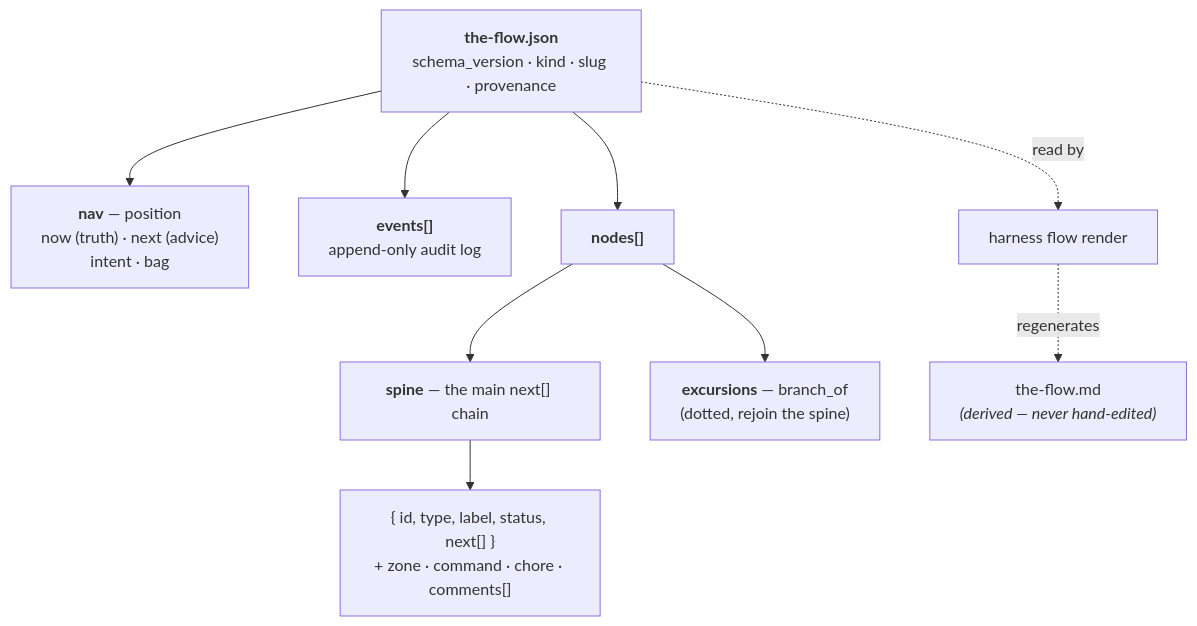
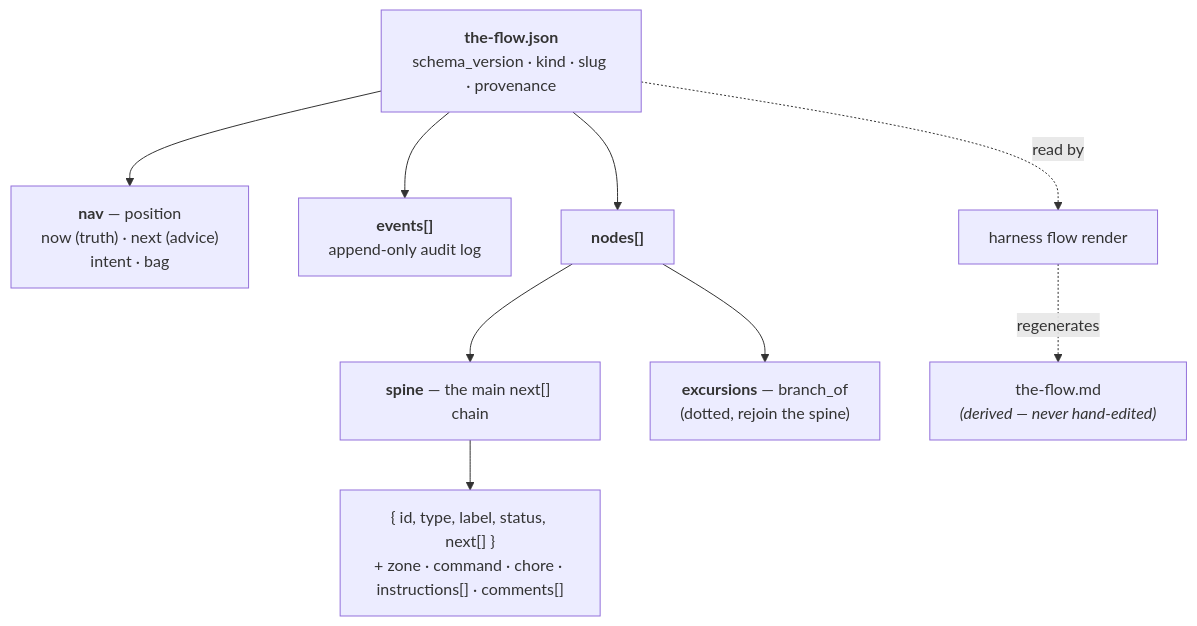
The first of 3 diagrams in docs/how/harness-flow.md (AI-Substrate/harness-engineering), drawn with Mermaid before and after one commit. The commit also changed other lines of this file, not shown here.

First line of the commit message:
docs(flow-040): P4 — harness-flow reference for instructions, orient, seed template

````diff
--- a/docs/how/harness-flow.md
+++ b/docs/how/harness-flow.md
@@ -29,12 +29,12 @@
 ```mermaid
 flowchart TD
     root["<b>the-flow.json</b><br/>schema_version · kind · slug · provenance"]
     root --> nav["<b>nav</b> — position<br/>now (truth) · next (advice)<br/>intent · bag"]
     root --> events["<b>events[]</b><br/>append-only audit log"]
     root --> nodes["<b>nodes[]</b>"]
     nodes --> spine["<b>spine</b> — the main next[] chain"]
     nodes --> exc["<b>excursions</b> — branch_of<br/>(dotted, rejoin the spine)"]
-    spine --> node["{ id, type, label, status, next[] }<br/>+ zone · command · chore · comments[]"]
+    spine --> node["{ id, type, label, status, next[] }<br/>+ zone · command · chore · instructions[] · comments[]"]
     root -. read by .-> render["harness flow render"]
     render -. regenerates .-> md["the-flow.md<br/><i>(derived — never hand-edited)</i>"]
 ```
````
